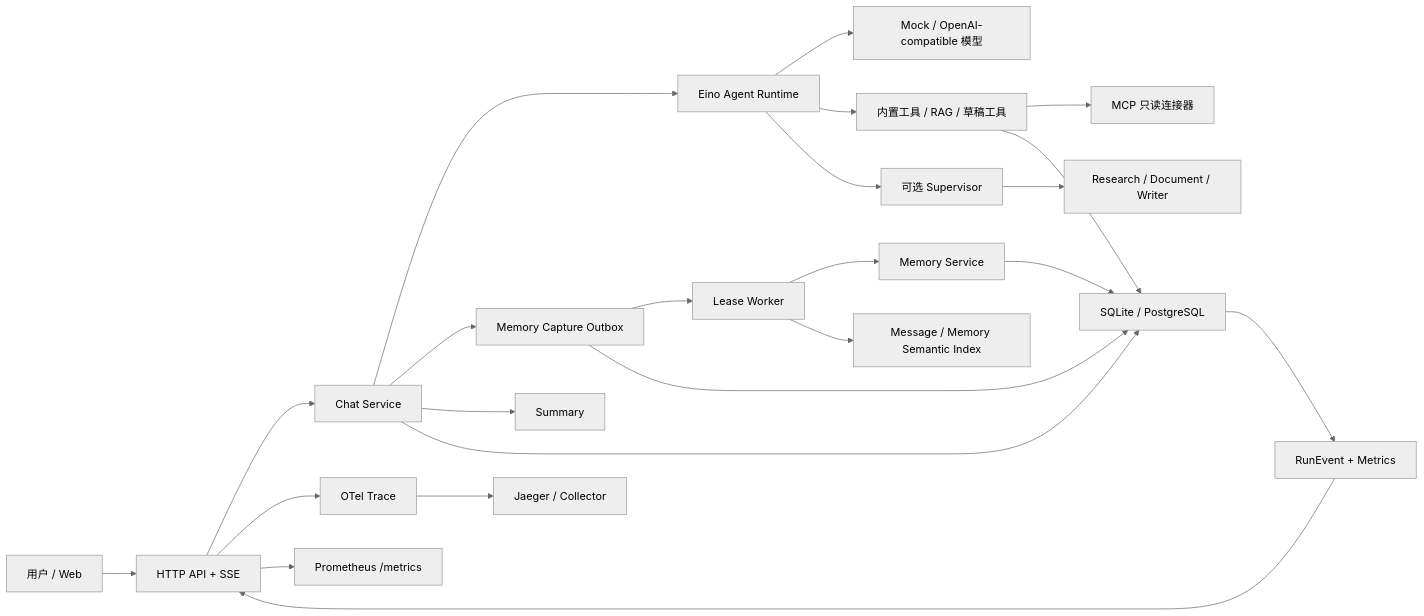
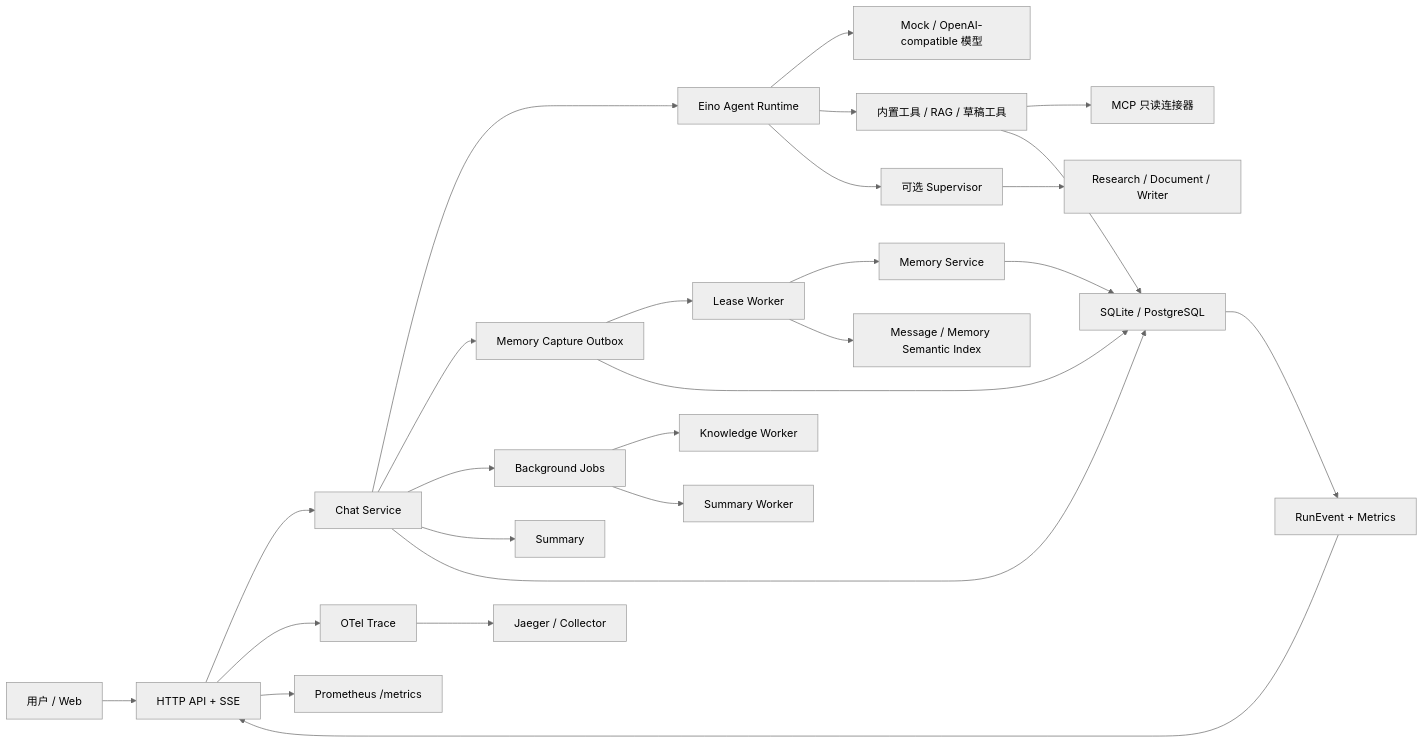
One commit to zora-DD/zora changed the first of 2 diagrams in README.md. Above: the diagram before and after it, drawn with Mermaid (neutral theme). The commit also changed other lines of this file and 34 other files, not shown here.

````diff
--- a/README.md
+++ b/README.md
@@ -43,25 +43,28 @@
 ```mermaid
 flowchart LR
     User["用户 / Web"] --> API["HTTP API + SSE"]
     API --> Chat["Chat Service"]
     Chat --> Runtime["Eino Agent Runtime"]
     Runtime --> Model["Mock / OpenAI-compatible 模型"]
     Runtime --> Tools["内置工具 / RAG / 草稿工具"]
     Runtime --> Supervisor["可选 Supervisor"]
     Supervisor --> Specialists["Research / Document / Writer"]
     Tools --> MCP["MCP 只读连接器"]
     Chat --> Outbox["Memory Capture Outbox"]
     Outbox --> Worker["Lease Worker"]
     Worker --> Memory["Memory Service"]
     Worker --> Semantic["Message / Memory Semantic Index"]
+    Chat --> Jobs["Background Jobs"]
+    Jobs --> Ingestion["Knowledge Worker"]
+    Jobs --> SummaryWorker["Summary Worker"]
     Chat --> Summary["Summary"]
     Chat --> Store["SQLite / PostgreSQL"]
     Memory --> Store
     Outbox --> Store
     Tools --> Store
     Store --> Metrics["RunEvent + Metrics"]
     Metrics --> API
     API --> OTel["OTel Trace"]
     OTel --> Jaeger["Jaeger / Collector"]
     API --> Prom["Prometheus /metrics"]
 ```
````
